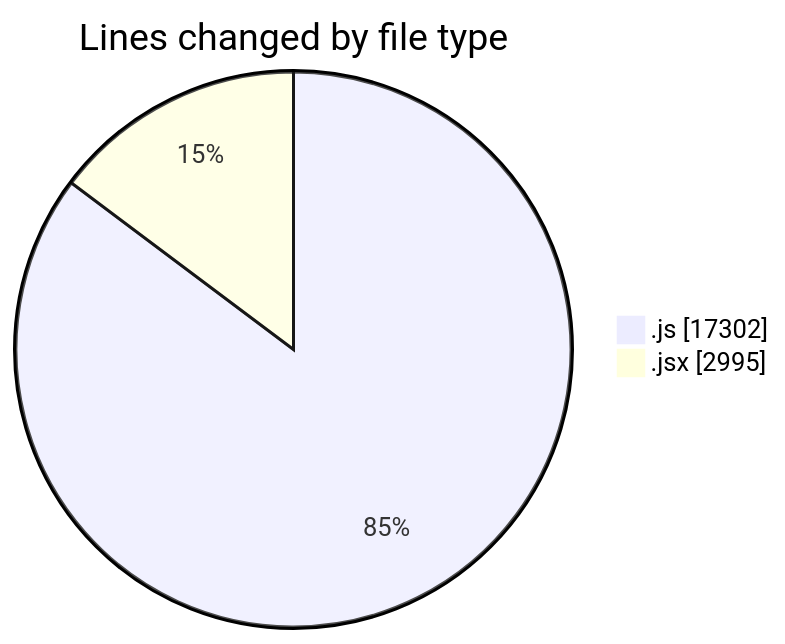
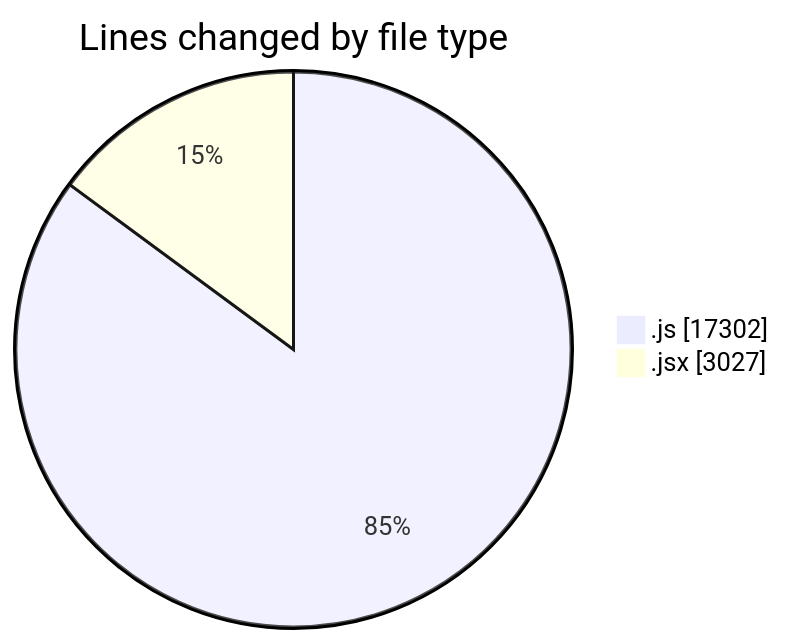
Before and after one commit to nxtqubesakshisongat/code-tracking: the first of 2 diagrams in 2025-09-26/nxtqube_webapp/README.md, drawn with Mermaid. The commit also changed other lines of this file and 1 other file, not shown here.

````diff
--- a/2025-09-26/nxtqube_webapp/README.md
+++ b/2025-09-26/nxtqube_webapp/README.md
@@ -27,6 +27,6 @@
 ```mermaid
 pie showData
 title Lines changed by file type
 ".js" : 17302
-".jsx" : 2995
+".jsx" : 3027
 ```
````
